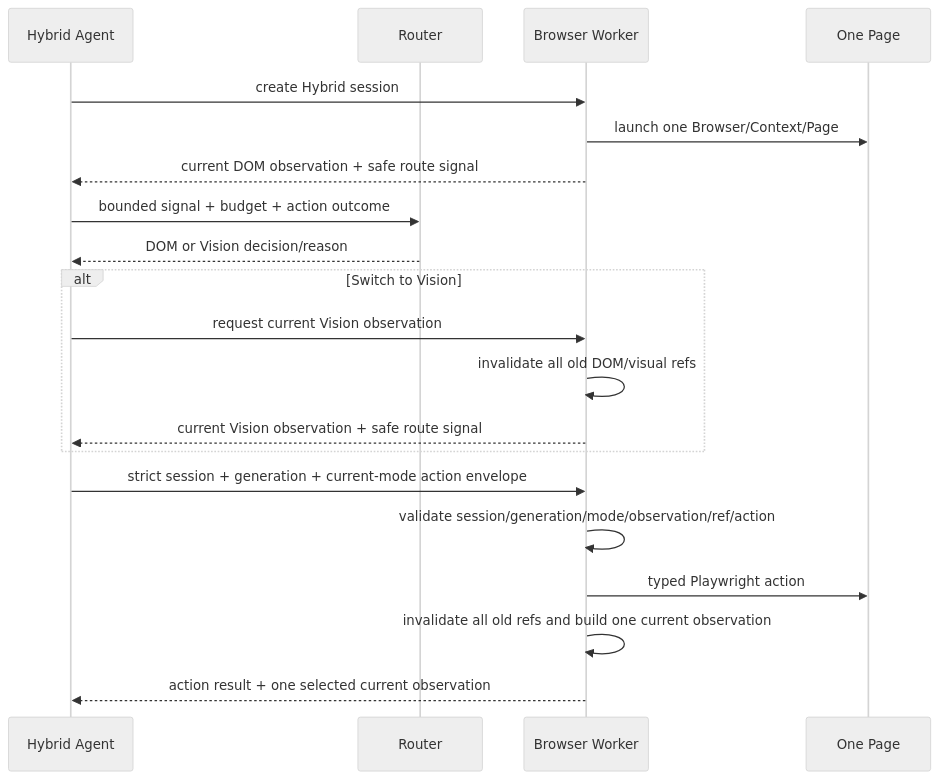
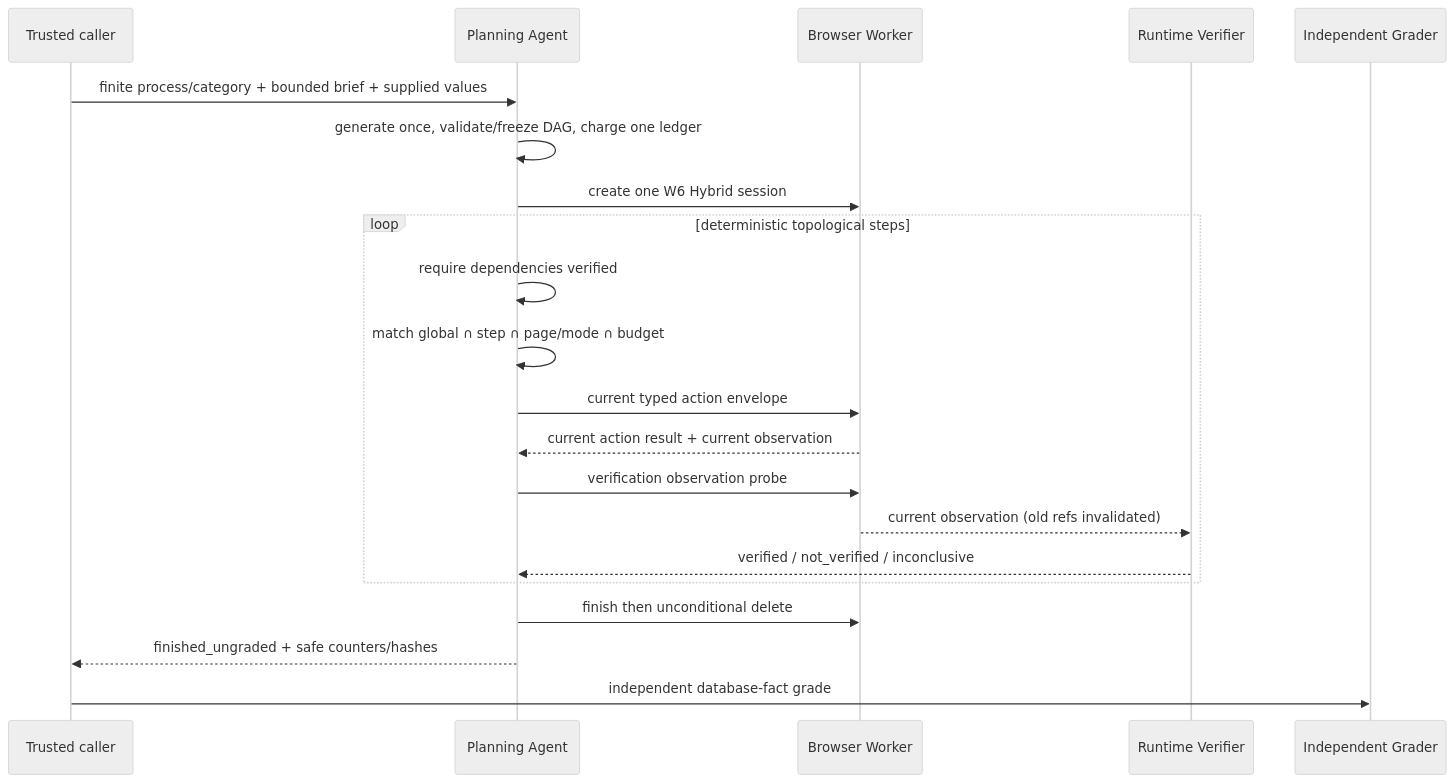
One commit to taka-wzx/flowpilot-arena changed the second of 2 diagrams in docs/architecture.md. Above: the diagram before and after it, drawn with Mermaid (neutral theme). The commit also changed other lines of this file and 61 other files, not shown here.

Commit message:
feat: add bounded W7 planning DAG

```diff
--- a/docs/architecture.md
+++ b/docs/architecture.md
@@ -48,23 +41,24 @@
 ~~~mermaid
 sequenceDiagram
-    participant H as Hybrid Agent
-    participant R as Router
+    participant C as Trusted caller
+    participant P as Planning Agent
     participant W as Browser Worker
-    participant P as One Page
+    participant V as Runtime Verifier
+    participant G as Independent Grader
 
-    H->>W: create Hybrid session
-    W->>P: launch one Browser/Context/Page
-    W-->>H: current DOM observation + safe route signal
-    H->>R: bounded signal + budget + action outcome
-    R-->>H: DOM or Vision decision/reason
-    alt Switch to Vision
-        H->>W: request current Vision observation
-        W->>W: invalidate all old DOM/visual refs
-        W-->>H: current Vision observation + safe route signal
+    C->>P: finite process/category + bounded brief + supplied values
+    P->>P: generate once, validate/freeze DAG, charge one ledger
+    P->>W: create one W6 Hybrid session
+    loop deterministic topological steps
+        P->>P: require dependencies verified
+        P->>P: match global ∩ step ∩ page/mode ∩ budget
+        P->>W: current typed action envelope
+        W-->>P: current action result + current observation
+        P->>W: verification observation probe
+        W-->>V: current observation (old refs invalidated)
+        V-->>P: verified / not_verified / inconclusive
     end
-    H->>W: strict session + generation + current-mode action envelope
-    W->>W: validate session/generation/mode/observation/ref/action
-    W->>P: typed Playwright action
-    W->>W: invalidate all old refs and build one current observation
-    W-->>H: action result + one selected current observation
+    P->>W: finish then unconditional delete
+    P-->>C: finished_ungraded + safe counters/hashes
+    C->>G: independent database-fact grade
 ~~~
```
